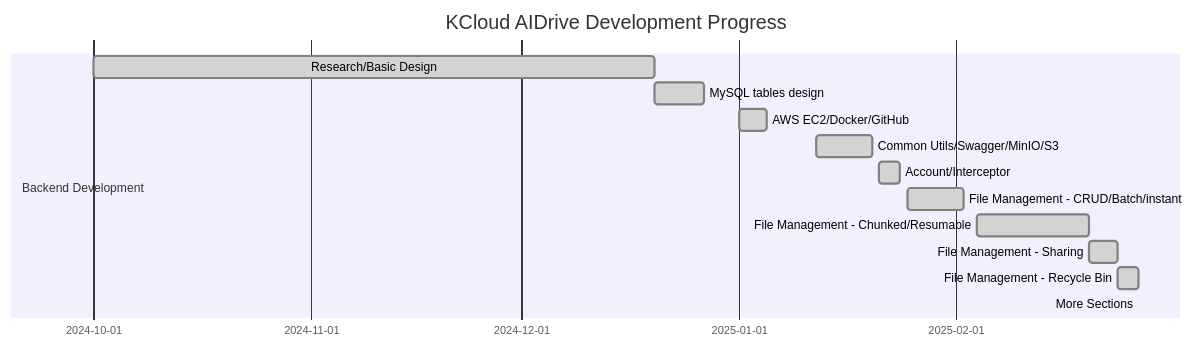
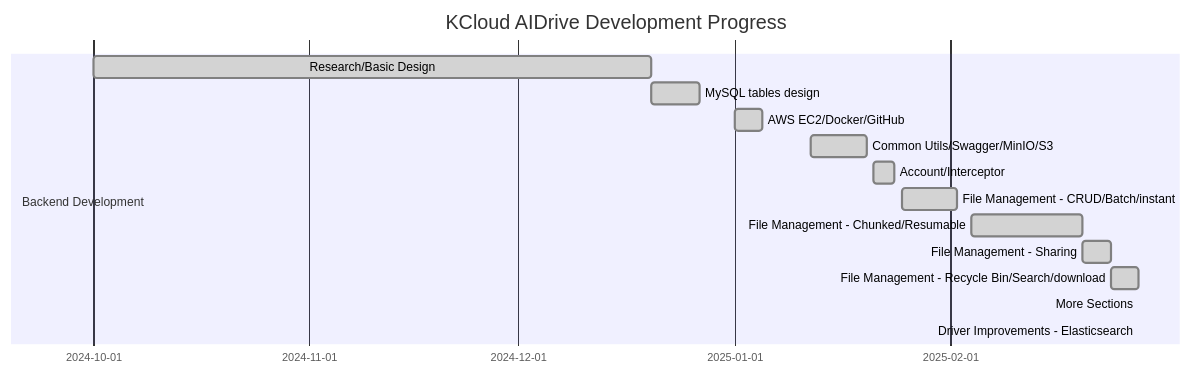
The first of 2 diagrams in README.md (kaikang-sde/kcloud_aidrive), drawn with Mermaid before and after one commit. The commit also changed 7 other files, not shown here.

Commit message:
search, download with HTTPS

````diff
--- a/README.md
+++ b/README.md
@@ -27,21 +27,22 @@
 ```mermaid
 gantt
     title KCloud AIDrive Development Progress
     dateFormat  YYYY-MM-DD
     section Backend Development
-      Research/Basic Design                 :done, design, 2024-10-01, 2024-12-20
-      MySQL tables design                   :done, db, 2024-12-20, 2024-12-27
-      AWS EC2/Docker/GitHub                 :done, setup, 2025-01-01, 2025-01-05
-      Common Utils/Swagger/MinIO/S3         :done, utils, 2025-01-12, 2025-01-20
-      Account/Interceptor                   :done, account, 2025-01-21, 2025-01-24
-      File Management - CRUD/Batch/instant  :done, basic, 2025-01-25, 2025-02-02
-      File Management - Chunked/Resumable   :done, chunked, 2025-02-04, 2025-02-20
-      File Management - Sharing             :done, sharing, 2025-02-20, 2025-02-24
-      File Management - Recycle Bin         :done, recycle, 2025-02-24, 2025-02-27
-      More Sections                         :after trash
+      Research/Basic Design                                 :done, design, 2024-10-01, 2024-12-20
+      MySQL tables design                                   :done, db, 2024-12-20, 2024-12-27
+      AWS EC2/Docker/GitHub                                 :done, setup, 2025-01-01, 2025-01-05
+      Common Utils/Swagger/MinIO/S3                         :done, utils, 2025-01-12, 2025-01-20
+      Account/Interceptor                                   :done, account, 2025-01-21, 2025-01-24
+      File Management - CRUD/Batch/instant                  :done, basic, 2025-01-25, 2025-02-02
+      File Management - Chunked/Resumable                   :done, chunked, 2025-02-04, 2025-02-20
+      File Management - Sharing                             :done, sharing, 2025-02-20, 2025-02-24
+      File Management - Recycle Bin/Search/download         :done, recycle, 2025-02-24, 2025-02-28
+      More Sections                         :after search                           
+    Driver Improvements - Elasticsearch     :after search
     section Frontend Development
         
     section AI Model Development
 
     section Deployment & Optimization
 ```
````
